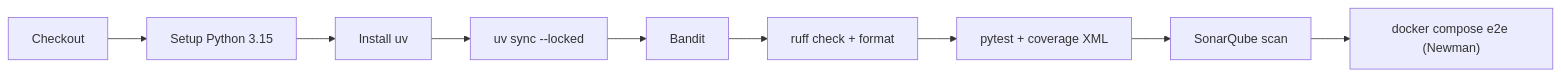
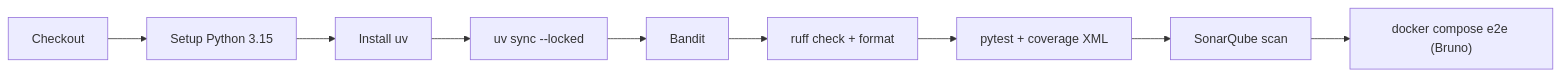
The fifth of 5 diagrams in README.md (mobal/personal-backend-service), drawn with Mermaid before and after one commit. The commit also changed other lines of this file and 38 other files, not shown here.

````diff
--- a/README.md
+++ b/README.md
@@ -360,11 +360,11 @@
 ```mermaid
 flowchart LR
     A["Checkout"] --> B["Setup Python 3.15"]
     B --> C["Install uv"]
     C --> D["uv sync --locked"]
     D --> E["Bandit"]
     E --> F["ruff check + format"]
     F --> G["pytest + coverage XML"]
     G --> H["SonarQube scan"]
-    H --> I["docker compose e2e (Newman)"]
+    H --> I["docker compose e2e (Bruno)"]
 ```
````
